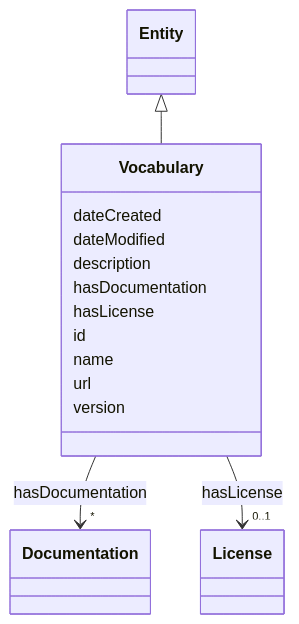
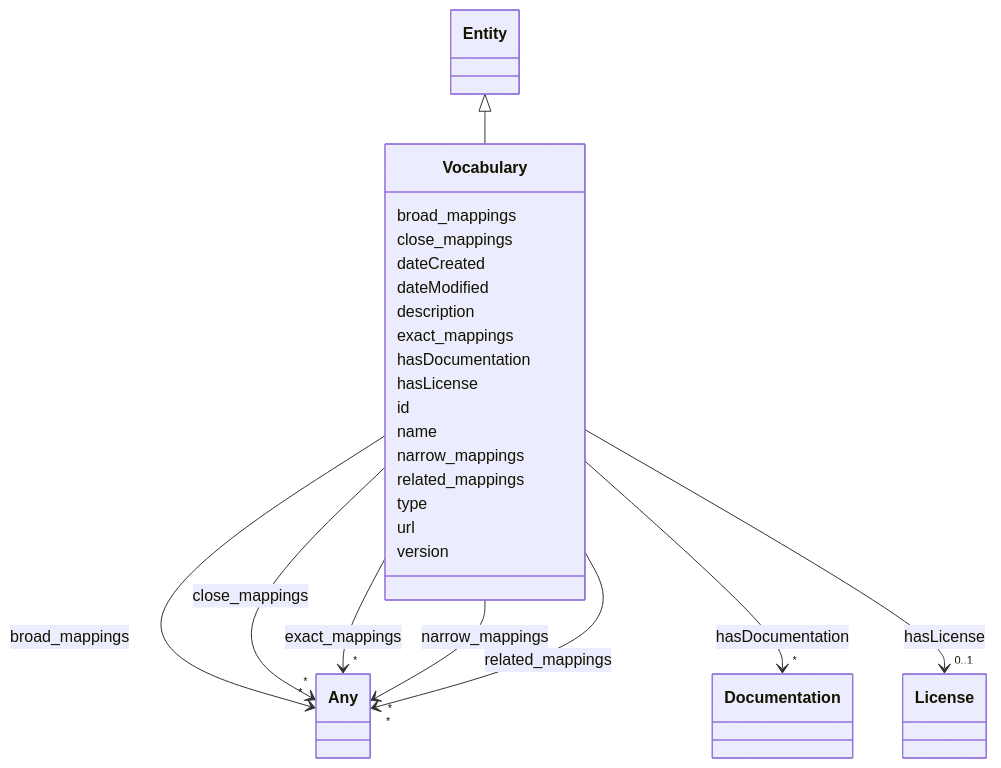
The diagram in docs/ontology/Vocabulary.md (ingelise/risk-atlas-nexus), drawn with Mermaid before and after one commit. The commit also changed other lines of this file and 180 other files, not shown here.

```diff
--- a/docs/ontology/Vocabulary.md
+++ b/docs/ontology/Vocabulary.md
@@ -22,11 +22,44 @@
       Entity <|-- Vocabulary
         click Entity href "../Entity/"
 
+      Vocabulary : broad_mappings
+
+
+
+
+
+        Vocabulary --> "*" Any : broad_mappings
+        click Any href "../Any/"
+
+
+
+      Vocabulary : close_mappings
+
+
+
+
+
+        Vocabulary --> "*" Any : close_mappings
+        click Any href "../Any/"
+
+
+
       Vocabulary : dateCreated
 
       Vocabulary : dateModified
 
       Vocabulary : description
+
+      Vocabulary : exact_mappings
+
+
+
+
+
+        Vocabulary --> "*" Any : exact_mappings
+        click Any href "../Any/"
+
+
 
       Vocabulary : hasDocumentation
 
@@ -54,6 +87,30 @@
 
       Vocabulary : name
 
+      Vocabulary : narrow_mappings
+
+
+
+
+
+        Vocabulary --> "*" Any : narrow_mappings
+        click Any href "../Any/"
+
+
+
+      Vocabulary : related_mappings
+
+
+
+
+
+        Vocabulary --> "*" Any : related_mappings
+        click Any href "../Any/"
+
+
+
+      Vocabulary : type
+
       Vocabulary : url
 
       Vocabulary : version
```
